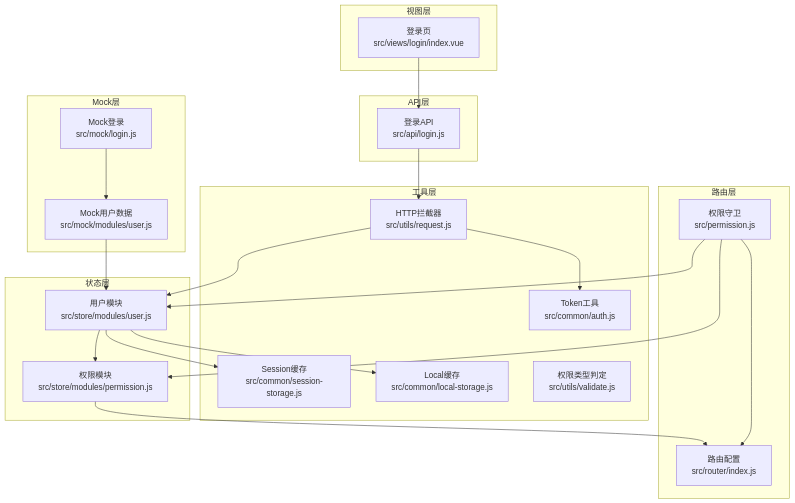
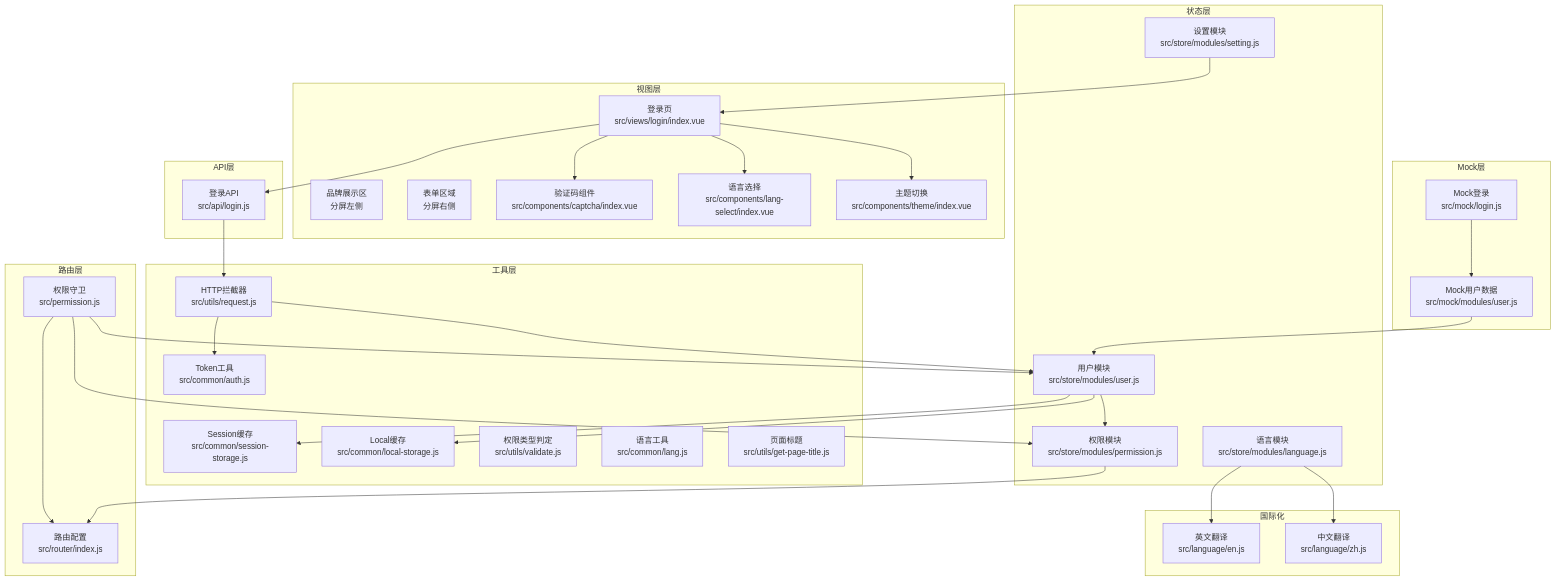
One commit to Neveryu/vue-cms changed the first of 11 diagrams in .qoder/repowiki/zh/content/核心功能/用户认证与权限管理.md. Above: the diagram before and after it, drawn with Mermaid. The commit also changed other lines of this file and 25 other files, not shown here.

````diff
--- a/.qoder/repowiki/zh/content/核心功能/用户认证与权限管理.md
+++ b/.qoder/repowiki/zh/content/核心功能/用户认证与权限管理.md
@@ -53,41 +75,60 @@
 ```mermaid
 graph TB
 subgraph "视图层"
 LoginView["登录页<br/>src/views/login/index.vue"]
+BrandArea["品牌展示区<br/>分屏左侧"]
+FormArea["表单区域<br/>分屏右侧"]
+CaptchaComp["验证码组件<br/>src/components/captcha/index.vue"]
+LangSelect["语言选择<br/>src/components/lang-select/index.vue"]
+ThemeToggle["主题切换<br/>src/components/theme/index.vue"]
 end
 subgraph "API层"
 ApiLogin["登录API<br/>src/api/login.js"]
 end
 subgraph "工具层"
 Auth["Token工具<br/>src/common/auth.js"]
 Session["Session缓存<br/>src/common/session-storage.js"]
 Local["Local缓存<br/>src/common/local-storage.js"]
 Request["HTTP拦截器<br/>src/utils/request.js"]
 Validate["权限类型判定<br/>src/utils/validate.js"]
+LangUtils["语言工具<br/>src/common/lang.js"]
+GetTitle["页面标题<br/>src/utils/get-page-title.js"]
 end
 subgraph "状态层"
 StoreUser["用户模块<br/>src/store/modules/user.js"]
 StorePerm["权限模块<br/>src/store/modules/permission.js"]
+StoreLang["语言模块<br/>src/store/modules/language.js"]
+StoreSetting["设置模块<br/>src/store/modules/setting.js"]
 end
 subgraph "路由层"
 RouterIndex["路由配置<br/>src/router/index.js"]
 PermissionGuard["权限守卫<br/>src/permission.js"]
+end
+subgraph "国际化"
+EnLang["英文翻译<br/>src/language/en.js"]
+ZhLang["中文翻译<br/>src/language/zh.js"]
 end
 subgraph "Mock层"
 MockLogin["Mock登录<br/>src/mock/login.js"]
 MockUser["Mock用户数据<br/>src/mock/modules/user.js"]
 end
 LoginView --> ApiLogin
+LoginView --> CaptchaComp
+LoginView --> LangSelect
+LoginView --> ThemeToggle
 ApiLogin --> Request
 Request --> Auth
 Request --> StoreUser
 StoreUser --> Session
 StoreUser --> Local
 StoreUser --> StorePerm
+StoreLang --> EnLang
+StoreLang --> ZhLang
+StoreSetting --> LoginView
 StorePerm --> RouterIndex
 PermissionGuard --> RouterIndex
 PermissionGuard --> StoreUser
 PermissionGuard --> StorePerm
 MockLogin --> MockUser
 MockUser --> StoreUser
 ```
````
